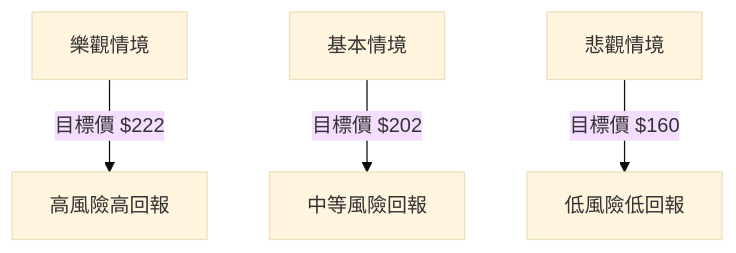
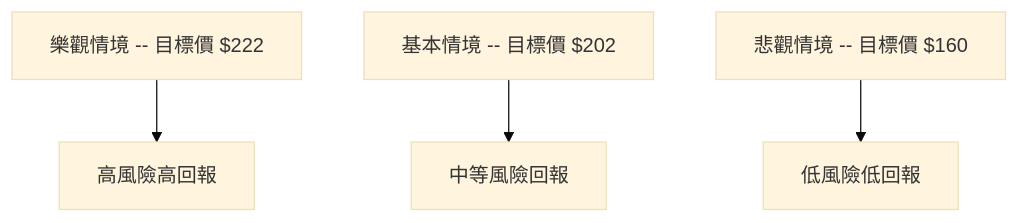
One commit to yennanliu/finance_data changed diagram 11 of 11 in ai_gen_report/stock/nvda/technical_analysis_2026-04-03_openai.md. Above: the diagram before and after it, drawn with Mermaid (base theme). The commit also changed other lines of this file and 2258 other files, not shown here.

First line of the commit message:
chore: backfill Mermaid syntax repair across existing reports

````diff
--- a/ai_gen_report/stock/nvda/technical_analysis_2026-04-03_openai.md
+++ b/ai_gen_report/stock/nvda/technical_analysis_2026-04-03_openai.md
@@ -404,6 +404,6 @@
 ```mermaid
 graph TD
-    樂觀情境 -- 目標價 $222 --> 高風險高回報
-    基本情境 -- 目標價 $202 --> 中等風險回報
-    悲觀情境 -- 目標價 $160 --> 低風險低回報
+    nb1["樂觀情境 -- 目標價 $222"] --> 高風險高回報
+    nb2["基本情境 -- 目標價 $202"] --> 中等風險回報
+    nb3["悲觀情境 -- 目標價 $160"] --> 低風險低回報
 ```
````
